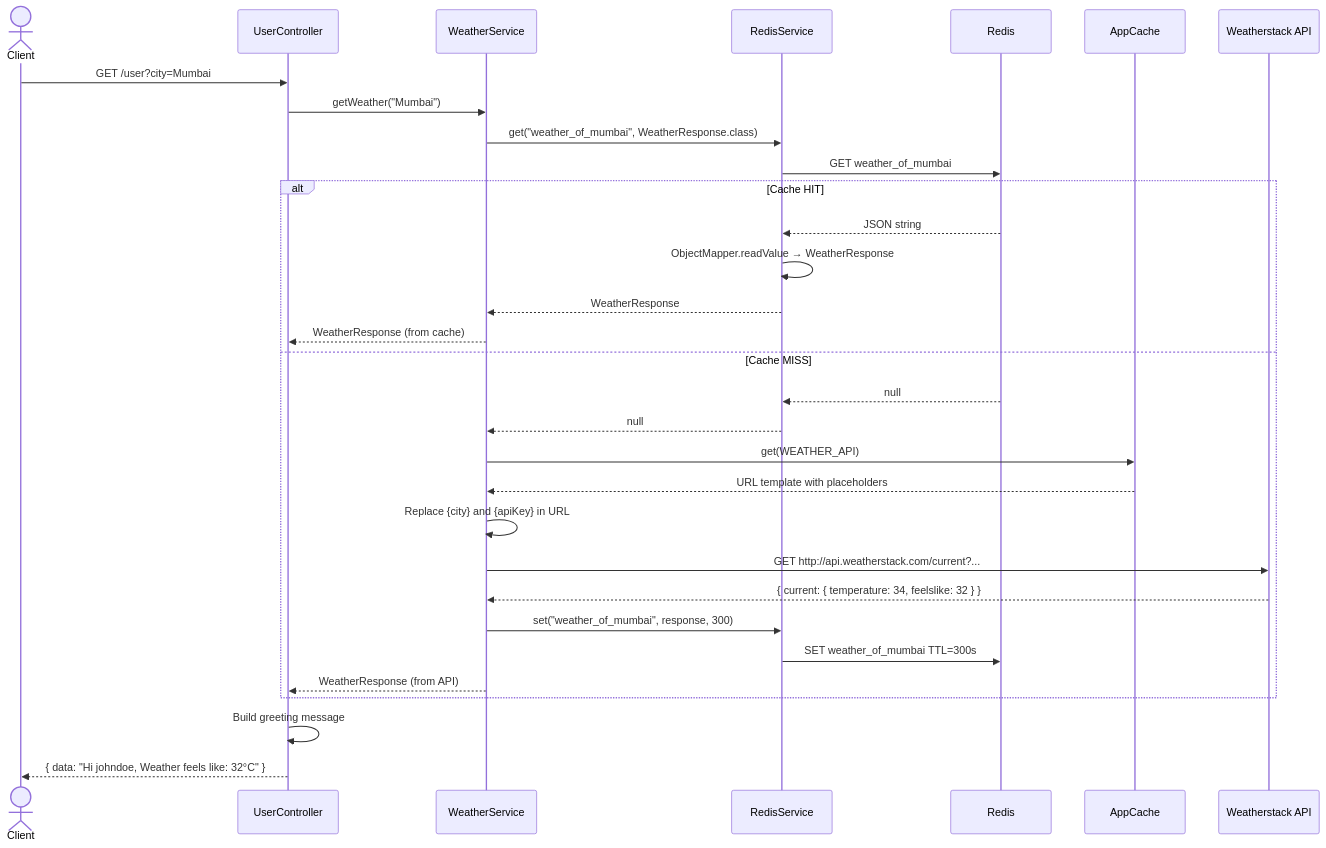
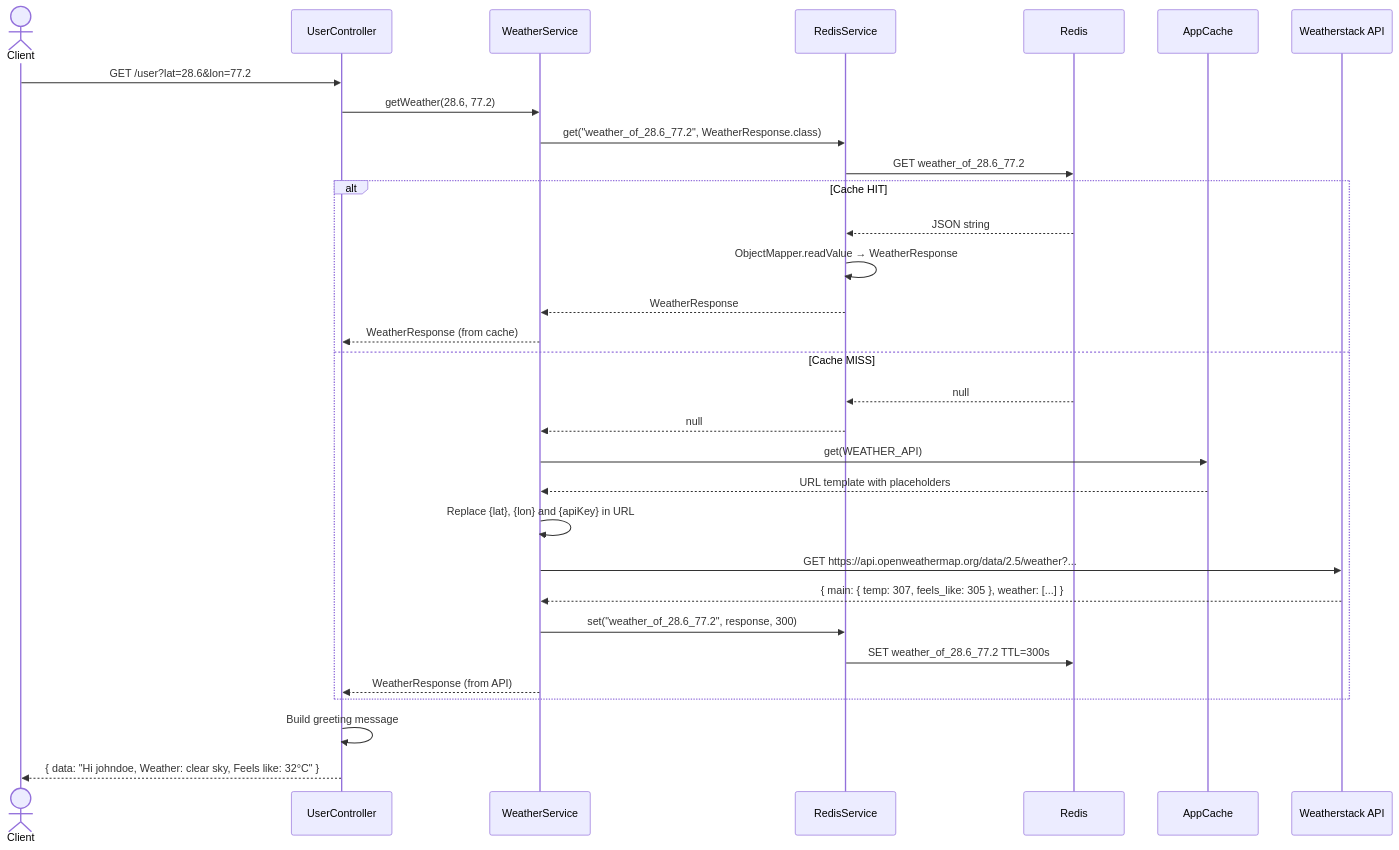
One commit to trishal13/journalApp changed the tenth of 11 diagrams in JournalApp_LLD.md. Above: the diagram before and after it, drawn with Mermaid. The commit also changed other lines of this file and 12 other files, not shown here.

Commit message:
updated unit test cases and hld, lld, flowchart and postman collection

````diff
--- a/JournalApp_LLD.md
+++ b/JournalApp_LLD.md
@@ -450,41 +451,41 @@
 ```mermaid
 sequenceDiagram
     actor Client
     participant Ctrl as UserController
     participant Svc as WeatherService
     participant Redis as RedisService
     participant Cache as Redis
     participant AppCache as AppCache
     participant API as Weatherstack API
 
-    Client->>Ctrl: GET /user?city=Mumbai
-    Ctrl->>Svc: getWeather("Mumbai")
+    Client->>Ctrl: GET /user?lat=28.6&lon=77.2
+    Ctrl->>Svc: getWeather(28.6, 77.2)
 
-    Svc->>Redis: get("weather_of_mumbai", WeatherResponse.class)
-    Redis->>Cache: GET weather_of_mumbai
+    Svc->>Redis: get("weather_of_28.6_77.2", WeatherResponse.class)
+    Redis->>Cache: GET weather_of_28.6_77.2
     
     alt Cache HIT
         Cache-->>Redis: JSON string
         Redis->>Redis: ObjectMapper.readValue → WeatherResponse
         Redis-->>Svc: WeatherResponse
         Svc-->>Ctrl: WeatherResponse (from cache)
     else Cache MISS
         Cache-->>Redis: null
         Redis-->>Svc: null
 
         Svc->>AppCache: get(WEATHER_API)
         AppCache-->>Svc: URL template with placeholders
-        Svc->>Svc: Replace {city} and {apiKey} in URL
+        Svc->>Svc: Replace {lat}, {lon} and {apiKey} in URL
 
-        Svc->>API: GET http://api.weatherstack.com/current?...
-        API-->>Svc: { current: { temperature: 34, feelslike: 32 } }
+        Svc->>API: GET https://api.openweathermap.org/data/2.5/weather?...
+        API-->>Svc: { main: { temp: 307, feels_like: 305 }, weather: [...] }
 
-        Svc->>Redis: set("weather_of_mumbai", response, 300)
-        Redis->>Cache: SET weather_of_mumbai TTL=300s
+        Svc->>Redis: set("weather_of_28.6_77.2", response, 300)
+        Redis->>Cache: SET weather_of_28.6_77.2 TTL=300s
 
         Svc-->>Ctrl: WeatherResponse (from API)
     end
 
     Ctrl->>Ctrl: Build greeting message
-    Ctrl-->>Client: { data: "Hi johndoe, Weather feels like: 32°C" }
+    Ctrl-->>Client: { data: "Hi johndoe, Weather: clear sky, Feels like: 32°C" }
 ```
````
